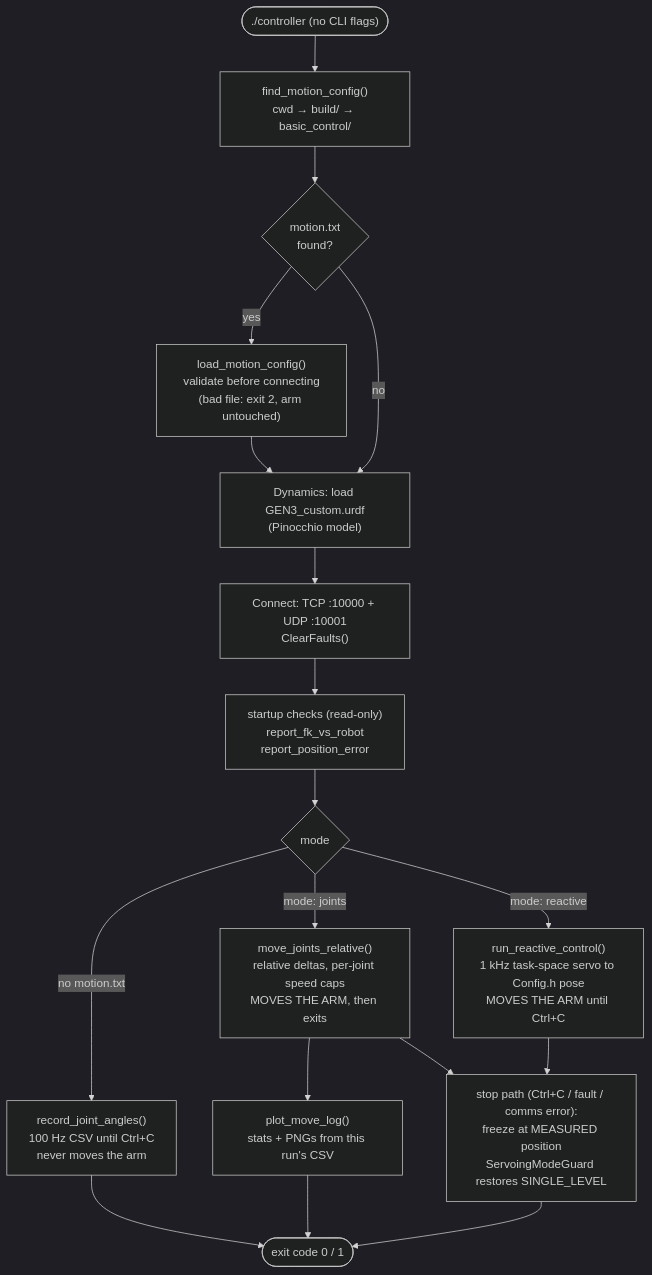
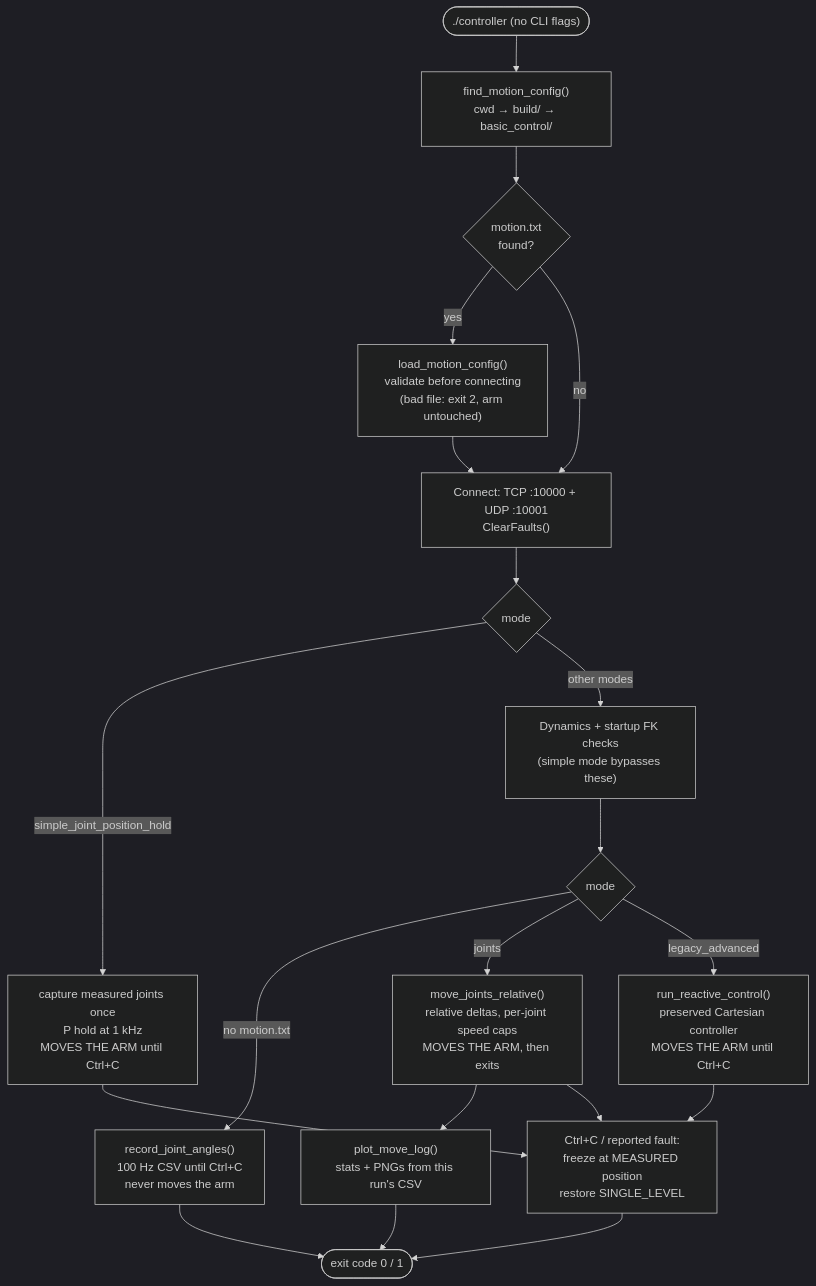
One commit to fechachris4/HumanSL_MAIN changed the first of 2 diagrams in Christian_control/docs/CONTROLLER_CODE_MAP.md. Above: the diagram before and after it, drawn with Mermaid (dark theme). The commit also changed other lines of this file and 63 other files, not shown here.

````diff
--- a/Christian_control/docs/CONTROLLER_CODE_MAP.md
+++ b/Christian_control/docs/CONTROLLER_CODE_MAP.md
@@ -16,20 +15,22 @@
 ```mermaid
 flowchart TD
     start(["./controller (no CLI flags)"]) --> find["find_motion_config()<br/>cwd → build/ → basic_control/"]
     find --> parse{"motion.txt<br/>found?"}
     parse -- "yes" --> load["load_motion_config()<br/>validate before connecting<br/>(bad file: exit 2, arm untouched)"]
-    parse -- "no" --> model
-    load --> model["Dynamics: load GEN3_custom.urdf<br/>(Pinocchio model)"]
-    model --> conn["Connect: TCP :10000 + UDP :10001<br/>ClearFaults()"]
-    conn --> checks["startup checks (read-only)<br/>report_fk_vs_robot<br/>report_position_error"]
-    checks --> mode{"mode"}
-    mode -- "no motion.txt" --> rec["record_joint_angles()<br/>100 Hz CSV until Ctrl+C<br/>never moves the arm"]
-    mode -- "mode: joints" --> mv["move_joints_relative()<br/>relative deltas, per-joint speed caps<br/>MOVES THE ARM, then exits"]
-    mode -- "mode: reactive" --> rx["run_reactive_control()<br/>1 kHz task-space servo to Config.h pose<br/>MOVES THE ARM until Ctrl+C"]
+    parse -- "no" --> conn
+    load --> conn["Connect: TCP :10000 + UDP :10001<br/>ClearFaults()"]
+    conn --> mode{"mode"}
+    mode -- "simple_joint_position_hold" --> simple["capture measured joints once<br/>P hold at 1 kHz<br/>MOVES THE ARM until Ctrl+C"]
+    mode -- "other modes" --> model["Dynamics + startup FK checks<br/>(simple mode bypasses these)"]
+    model --> other{"mode"}
+    other -- "no motion.txt" --> rec["record_joint_angles()<br/>100 Hz CSV until Ctrl+C<br/>never moves the arm"]
+    other -- "joints" --> mv["move_joints_relative()<br/>relative deltas, per-joint speed caps<br/>MOVES THE ARM, then exits"]
+    other -- "legacy_advanced" --> rx["run_reactive_control()<br/>preserved Cartesian controller<br/>MOVES THE ARM until Ctrl+C"]
     mv --> plot["plot_move_log()<br/>stats + PNGs from this run's CSV"]
-    rx --> stopped["stop path (Ctrl+C / fault / comms error):<br/>freeze at MEASURED position<br/>ServoingModeGuard restores SINGLE_LEVEL"]
+    simple --> stopped["Ctrl+C / reported fault:<br/>freeze at MEASURED position<br/>restore SINGLE_LEVEL"]
+    rx --> stopped
     mv --> stopped
     plot --> exit(["exit code 0 / 1"])
     rec --> exit
     stopped --> exit
 ```
````
